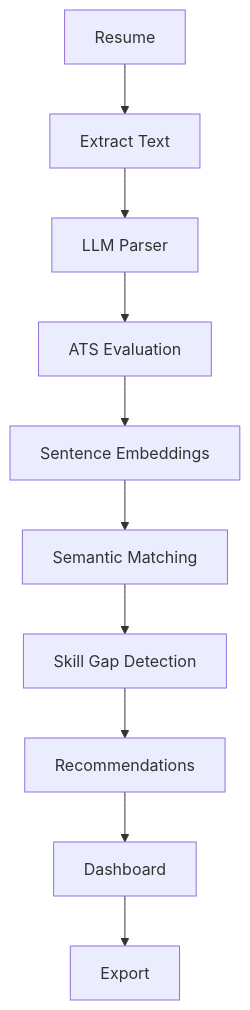
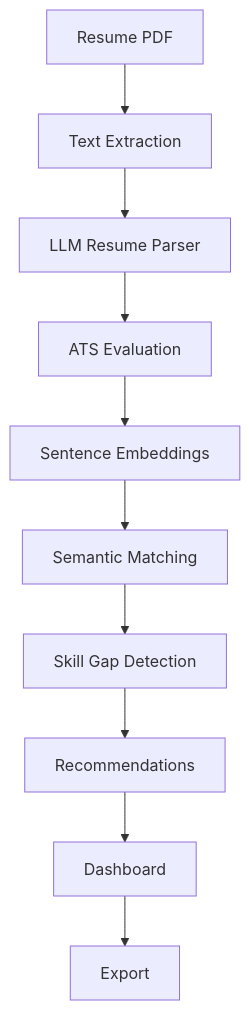
Before and after one commit to kritika038/resume-parser-llm: the first of 2 diagrams in README.md, drawn with Mermaid. The commit also changed other lines of this file, not shown here.

````diff
--- a/README.md
+++ b/README.md
@@ -74,12 +74,12 @@
 ```mermaid
 graph TD
-    Resume[Resume] --> Extract[Extract Text]
-    Extract --> Parser[LLM Parser]
+    Resume[Resume PDF] --> Extract[Text Extraction]
+    Extract --> Parser[LLM Resume Parser]
     Parser --> ATS[ATS Evaluation]
     ATS --> Embeddings[Sentence Embeddings]
     Embeddings --> Match[Semantic Matching]
     Match --> Gaps[Skill Gap Detection]
     Gaps --> Recommendations[Recommendations]
     Recommendations --> Dashboard[Dashboard]
     Dashboard --> Export[Export]
 ```
````
